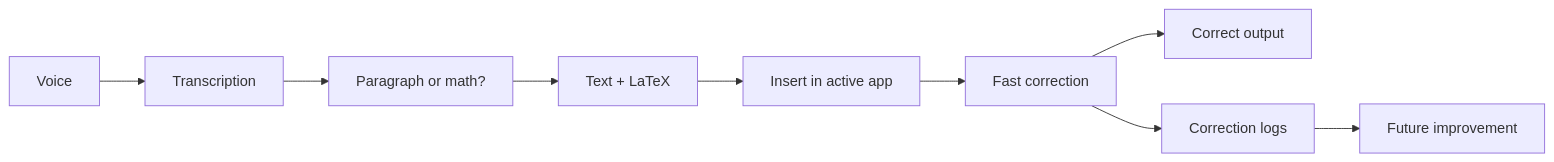
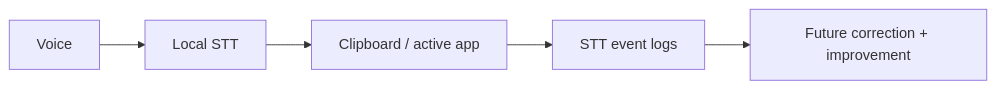
Before and after one commit to sensopensource/DicTeX: the diagram in README.md, drawn with Mermaid. The commit also changed other lines of this file and 6 other files, not shown here.

````diff
--- a/README.md
+++ b/README.md
@@ -26,11 +35,7 @@
 ```mermaid
 flowchart LR
-    A[Voice] --> B[Transcription]
-    B --> C[Paragraph or math?]
-    C --> D[Text + LaTeX]
-    D --> E[Insert in active app]
-    E --> F[Fast correction]
-    F --> G[Correct output]
-    F --> H[Correction logs]
-    H --> I[Future improvement]
+    A[Voice] --> B[Local STT]
+    B --> C[Clipboard / active app]
+    C --> D[STT event logs]
+    D --> E[Future correction + improvement]
 ```
````
